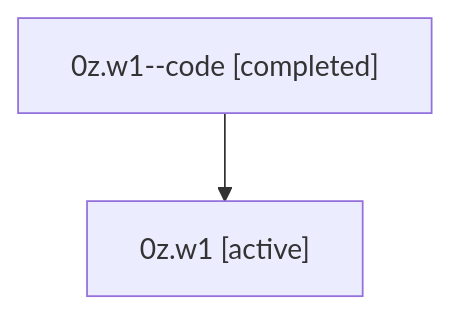
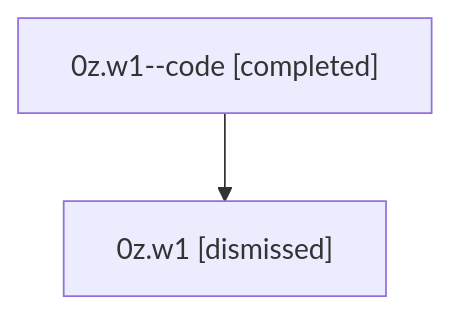
The diagram in sessions/bbugyi200.athena.0z.w1.md (sase-org/sase--agents), drawn with Mermaid before and after one commit. The commit also changed other lines of this file and 35 other files, not shown here.

````diff
--- a/sessions/bbugyi200.athena.0z.w1.md
+++ b/sessions/bbugyi200.athena.0z.w1.md
@@ -9,6 +9,6 @@
 ```mermaid
 flowchart TD
   n0["0z.w1--code [completed]"]
-  n1["0z.w1 [active]"]
+  n1["0z.w1 [dismissed]"]
   n0 --> n1
 ```
````
